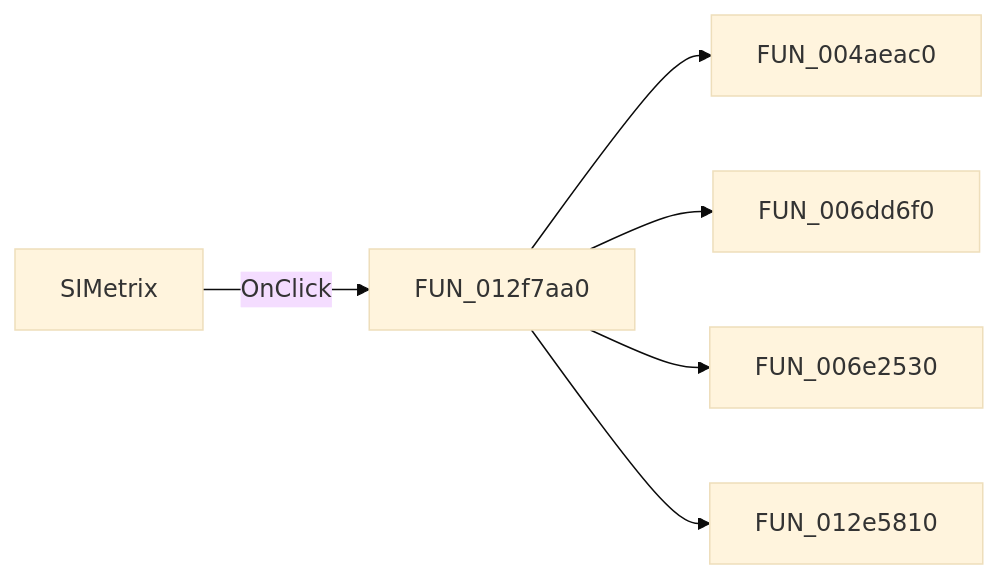
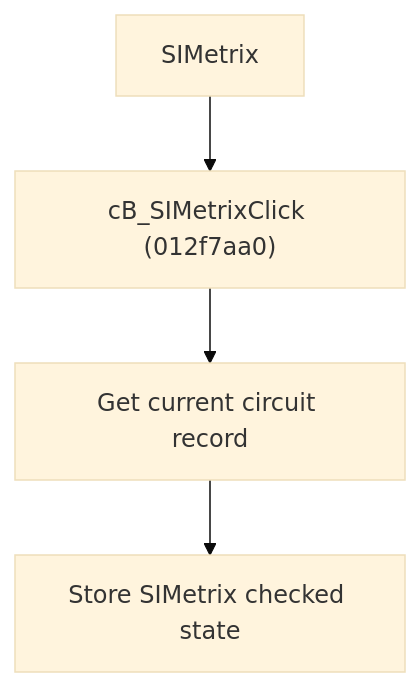
Before and after one commit to MovGP0/TIARA: the diagram in docs/ui-controls/frmmodeltestbencheditor/cb-simetrix-195a53dccc.md, drawn with Mermaid (base theme). The commit also changed other lines of this file and 387 other files, not shown here.

````diff
--- a/docs/ui-controls/frmmodeltestbencheditor/cb-simetrix-195a53dccc.md
+++ b/docs/ui-controls/frmmodeltestbencheditor/cb-simetrix-195a53dccc.md
@@ -27,8 +28,6 @@
 ```mermaid
-flowchart LR
-    control["SIMetrix"] -->|OnClick| handler["FUN_012f7aa0"]
-    handler --> call1["FUN_004aeac0"]
-    handler --> call2["FUN_006dd6f0"]
-    handler --> call3["FUN_006e2530"]
-    handler --> call4["FUN_012e5810"]
+flowchart TD
+    control["SIMetrix"] --> handler["cB_SIMetrixClick (012f7aa0)"]
+    handler --> record["Get current circuit record"]
+    record --> state["Store SIMetrix checked state"]
 ```
````
